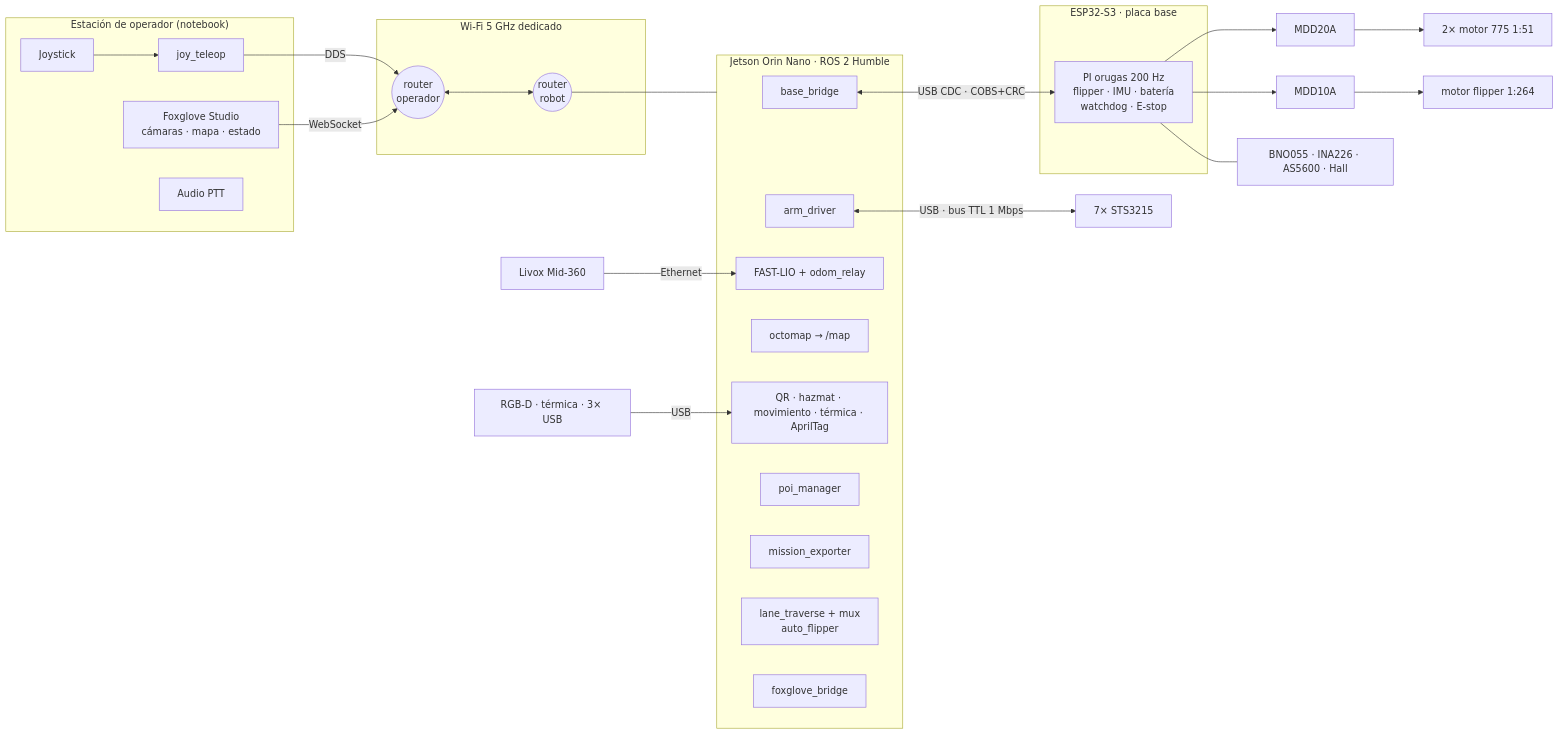
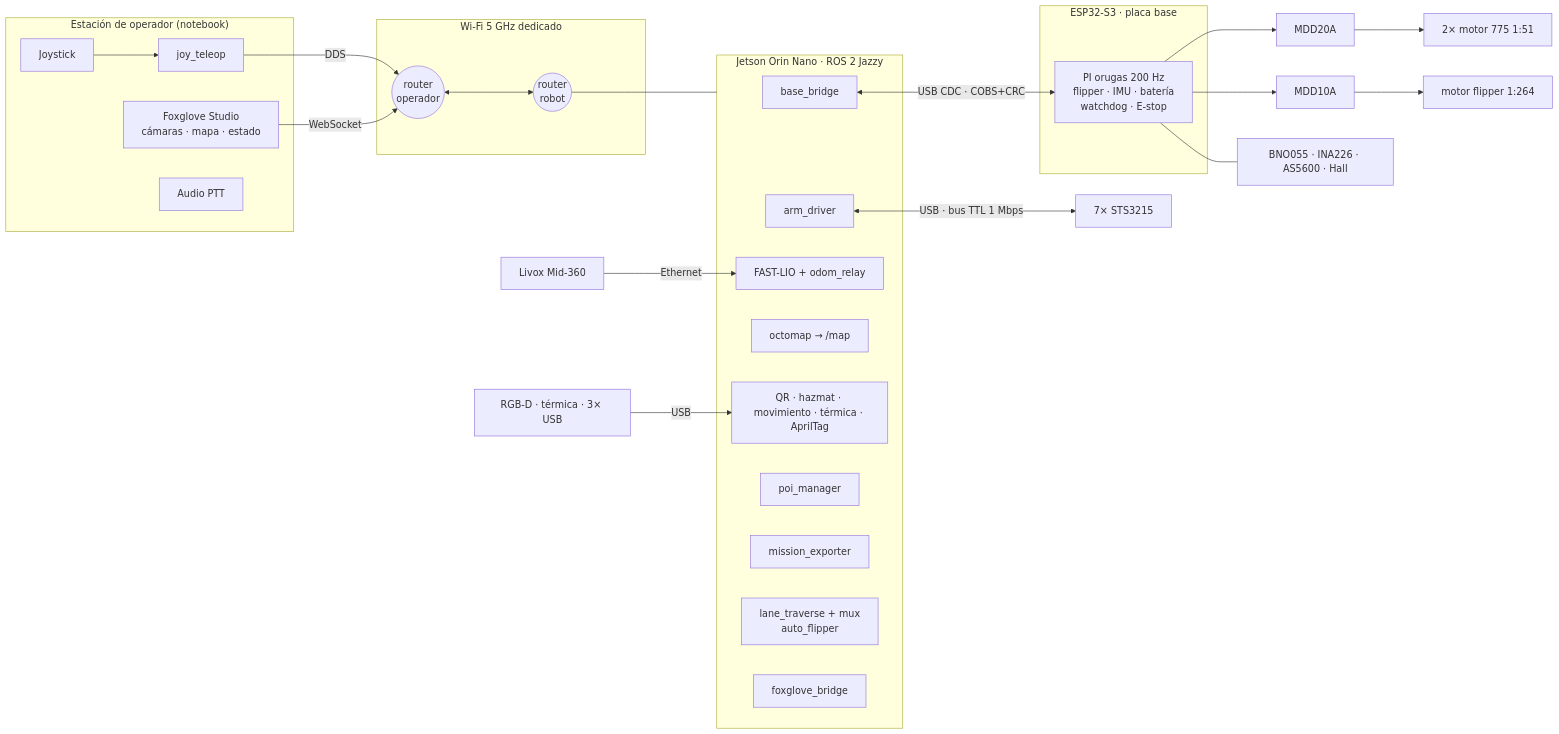
The first of 4 diagrams in docs/02-arquitectura/arquitectura.md (sr-sebastian/urubotsrescue), drawn with Mermaid before and after one commit. The commit also changed 15 other files, not shown here.

First line of the commit message:
Enfoque 2027: ROS 2 Jazzy, sin depender de hardware ni código previos del equipo

````diff
--- a/docs/02-arquitectura/arquitectura.md
+++ b/docs/02-arquitectura/arquitectura.md
@@ -5,35 +5,35 @@
 ```mermaid
 flowchart LR
     subgraph OP["Estación de operador (notebook)"]
         JOY[Joystick] --> TELEOP[joy_teleop]
         FOX[Foxglove Studio<br/>cámaras · mapa · estado]
         AUD1[Audio PTT]
     end
     subgraph RADIO["Wi-Fi 5 GHz dedicado"]
         R1((router<br/>operador)) <--> R2((router<br/>robot))
     end
-    subgraph JET["Jetson Orin Nano · ROS 2 Humble"]
+    subgraph JET["Jetson Orin Nano · ROS 2 Jazzy"]
         BB[base_bridge]
         ARM[arm_driver]
         LIO[FAST-LIO + odom_relay]
         OCT[octomap → /map]
         PER[QR · hazmat · movimiento · térmica · AprilTag]
         POI[poi_manager]
         EXP[mission_exporter]
         AUT[lane_traverse + mux<br/>auto_flipper]
         FB[foxglove_bridge]
     end
     subgraph MCU["ESP32-S3 · placa base"]
         FW[PI orugas 200 Hz<br/>flipper · IMU · batería<br/>watchdog · E-stop]
     end
     TELEOP -- DDS --> R1
     FOX -- WebSocket --> R1
     R2 --- JET
     BB <-- "USB CDC · COBS+CRC" --> FW
     ARM <-- "USB · bus TTL 1 Mbps" --> SERVOS[7× STS3215]
     FW --> DRV1[MDD20A] --> MT[2× motor 775 1:51]
     FW --> DRV2[MDD10A] --> MF[motor flipper 1:264]
     FW --- SENS[BNO055 · INA226 · AS5600 · Hall]
     LIDAR[Livox Mid-360] -- Ethernet --> LIO
     CAMS[RGB-D · térmica · 3× USB] -- USB --> PER
 ```
````
